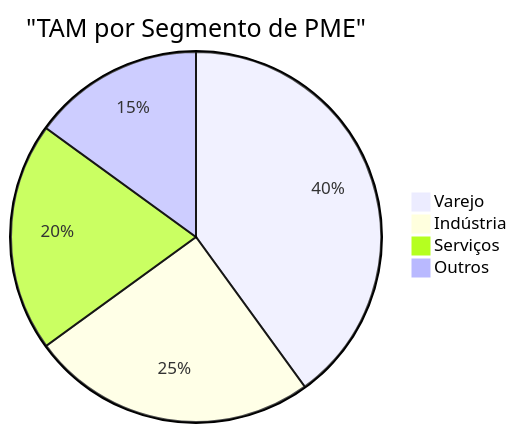
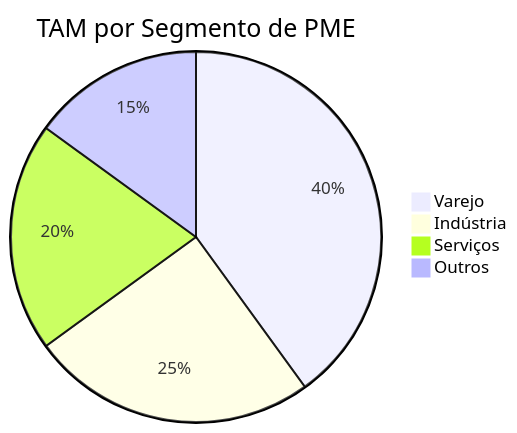
Before and after one commit to matheusmendes720/workconnect-tcc: the fourth of 11 diagrams in documentation/docs/estrategia/analise-mercado.mdx, drawn with Mermaid. The commit also changed other lines of this file and 16 other files, not shown here.

````diff
--- a/documentation/docs/estrategia/analise-mercado.mdx
+++ b/documentation/docs/estrategia/analise-mercado.mdx
@@ -72,7 +95,7 @@
 ```mermaid
-pie title "TAM por Segmento de PME"
+pie title TAM por Segmento de PME
     "Varejo" : 40
     "Indústria" : 25
     "Serviços" : 20
     "Outros" : 15
 ```
````
